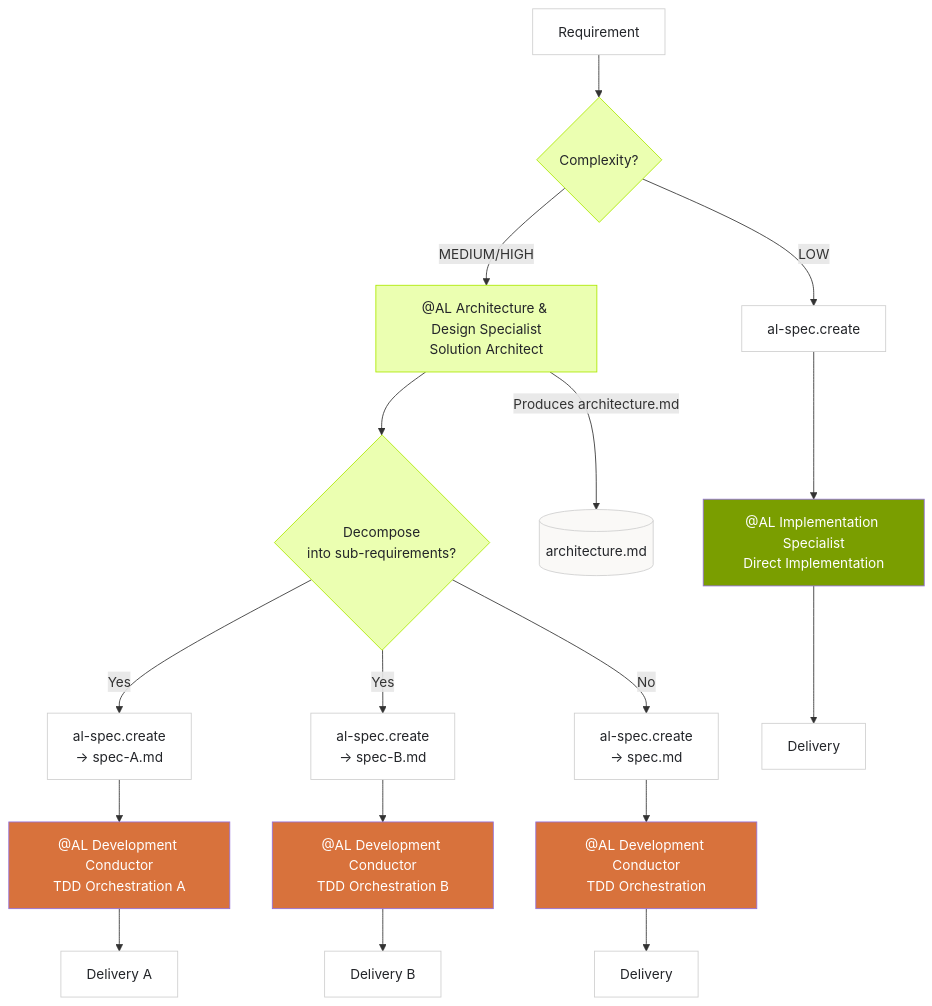
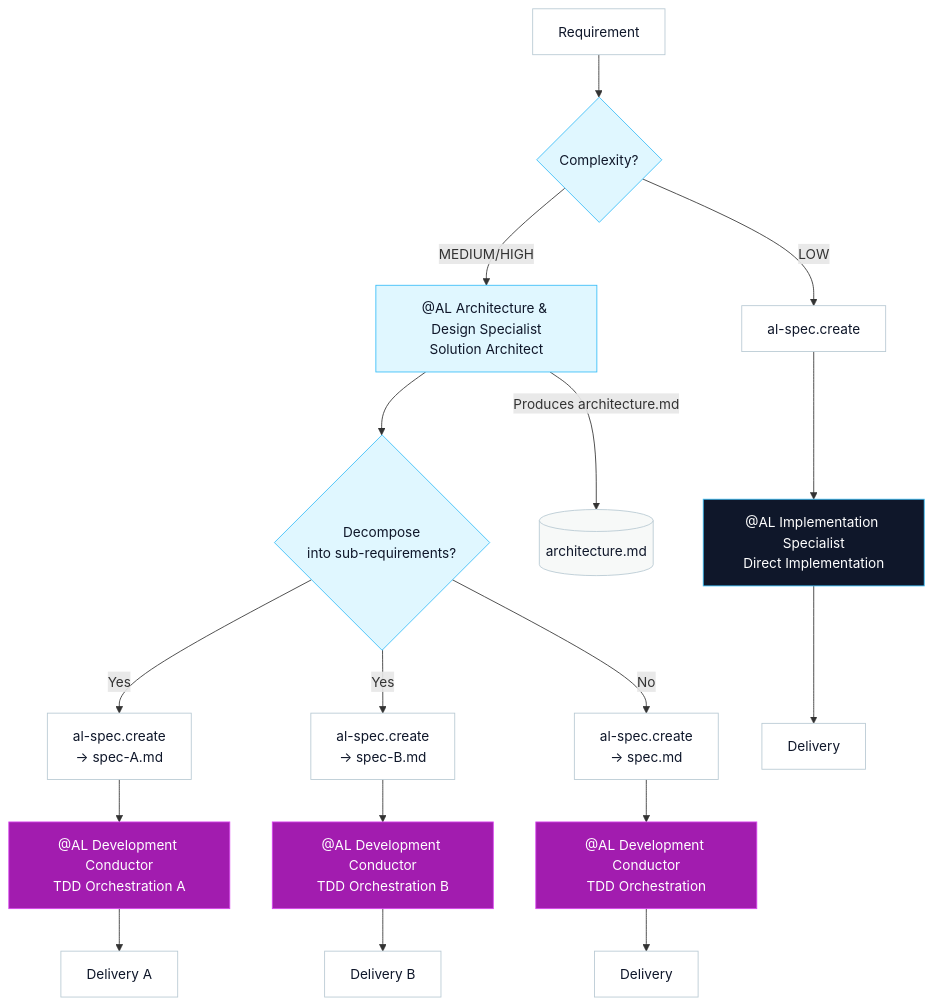
Before and after one commit to javiarmesto/ALDC-AL-Development-Collection: the second of 4 diagrams in docs/framework/ALDC-Architecture-Diagrams.md, drawn with Mermaid. The commit also changed other lines of this file and 12 other files, not shown here.

````diff
--- a/docs/framework/ALDC-Architecture-Diagrams.md
+++ b/docs/framework/ALDC-Architecture-Diagrams.md
@@ -80,42 +80,42 @@
 ```mermaid
 flowchart TD
     REQ[Requirement] --> CLASSIFY{Complexity?}
 
     CLASSIFY -->|LOW| SPEC_LOW[al-spec.create]
     SPEC_LOW --> DEV["@AL Implementation Specialist\nDirect Implementation"]
 
     CLASSIFY -->|MEDIUM/HIGH| ARCH["@AL Architecture & Design Specialist\nSolution Architect"]
     ARCH -->|Produces architecture.md| ARCH_DOC[(architecture.md)]
     ARCH --> DECOMPOSE{Decompose\ninto sub-requirements?}
 
     DECOMPOSE -->|Yes| SPEC_A[al-spec.create\n→ spec-A.md]
     DECOMPOSE -->|Yes| SPEC_B[al-spec.create\n→ spec-B.md]
     DECOMPOSE -->|No| SPEC_SINGLE[al-spec.create\n→ spec.md]
 
     SPEC_A --> COND_A["@AL Development Conductor\nTDD Orchestration A"]
     SPEC_B --> COND_B["@AL Development Conductor\nTDD Orchestration B"]
     SPEC_SINGLE --> COND["@AL Development Conductor\nTDD Orchestration"]
 
     COND_A --> DONE_A[Delivery A]
     COND_B --> DONE_B[Delivery B]
     COND --> DONE[Delivery]
     DEV --> DONE_LOW[Delivery]
 
-    style REQ fill:#ffffff,color:#232529,stroke:#cfcfcf
-    style CLASSIFY fill:#ebffb1,color:#232529,stroke:#ade900
-    style DECOMPOSE fill:#ebffb1,color:#232529,stroke:#ade900
-    style ARCH fill:#ebffb1,color:#232529,stroke:#ade900
-    style DEV fill:#7a9e00,color:#fff
-    style COND fill:#d8723c,color:#fff
-    style COND_A fill:#d8723c,color:#fff
-    style COND_B fill:#d8723c,color:#fff
-    style SPEC_LOW fill:#ffffff,color:#232529,stroke:#cfcfcf
-    style SPEC_A fill:#ffffff,color:#232529,stroke:#cfcfcf
-    style SPEC_B fill:#ffffff,color:#232529,stroke:#cfcfcf
-    style SPEC_SINGLE fill:#ffffff,color:#232529,stroke:#cfcfcf
-    style ARCH_DOC fill:#faf9f7,color:#232529,stroke:#cfcfcf
-    style DONE fill:#ffffff,color:#232529,stroke:#cfcfcf
-    style DONE_A fill:#ffffff,color:#232529,stroke:#cfcfcf
-    style DONE_B fill:#ffffff,color:#232529,stroke:#cfcfcf
-    style DONE_LOW fill:#ffffff,color:#232529,stroke:#cfcfcf
+    style REQ fill:#ffffff,color:#0F172A,stroke:#B8C9D3
+    style CLASSIFY fill:#E0F7FF,color:#0F172A,stroke:#38BDF8
+    style DECOMPOSE fill:#E0F7FF,color:#0F172A,stroke:#38BDF8
+    style ARCH fill:#E0F7FF,color:#0F172A,stroke:#38BDF8
+    style DEV fill:#0F172A,color:#fff,stroke:#38BDF8
+    style COND fill:#A21CAF,color:#fff,stroke:#D946EF
+    style COND_A fill:#A21CAF,color:#fff,stroke:#D946EF
+    style COND_B fill:#A21CAF,color:#fff,stroke:#D946EF
+    style SPEC_LOW fill:#ffffff,color:#0F172A,stroke:#B8C9D3
+    style SPEC_A fill:#ffffff,color:#0F172A,stroke:#B8C9D3
+    style SPEC_B fill:#ffffff,color:#0F172A,stroke:#B8C9D3
+    style SPEC_SINGLE fill:#ffffff,color:#0F172A,stroke:#B8C9D3
+    style ARCH_DOC fill:#F7F9F8,color:#0F172A,stroke:#B8C9D3
+    style DONE fill:#ffffff,color:#0F172A,stroke:#B8C9D3
+    style DONE_A fill:#ffffff,color:#0F172A,stroke:#B8C9D3
+    style DONE_B fill:#ffffff,color:#0F172A,stroke:#B8C9D3
+    style DONE_LOW fill:#ffffff,color:#0F172A,stroke:#B8C9D3
 ```
````
